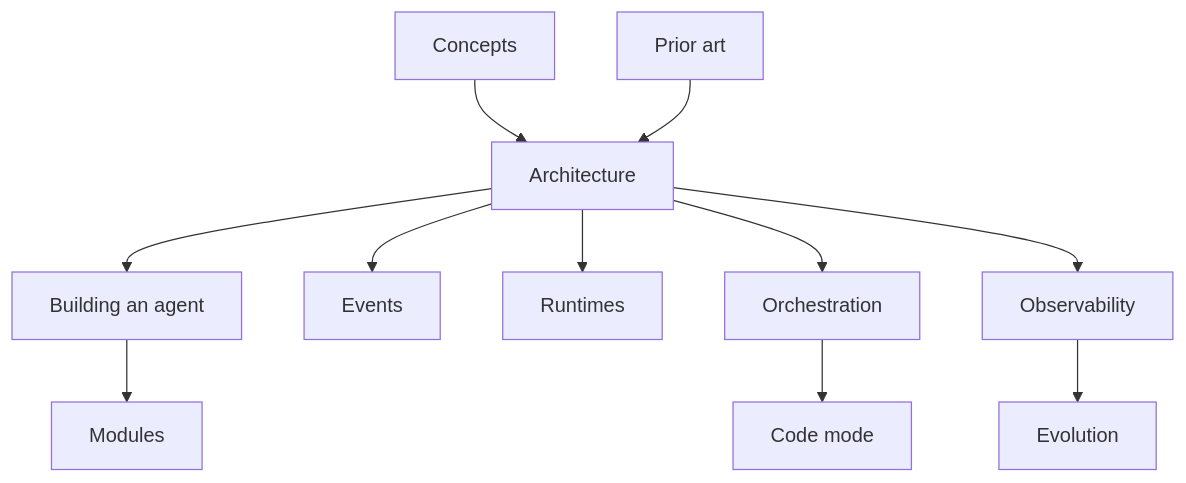
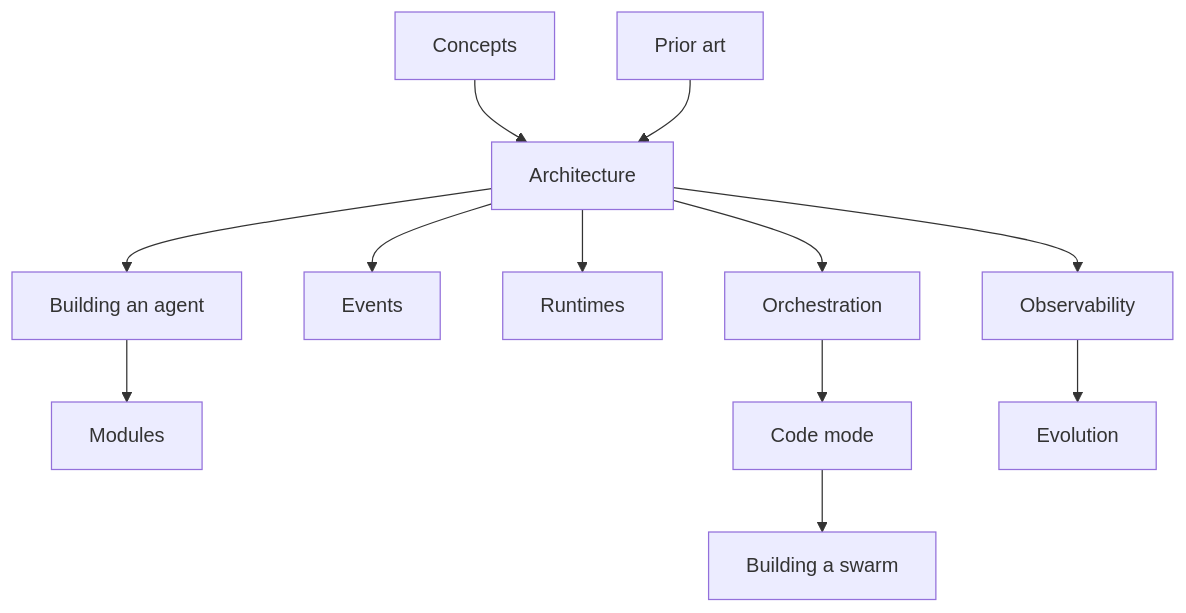
One commit to clavia-labs/tardigrade changed the diagram in docs/README.md. Above: the diagram before and after it, drawn with Mermaid. The commit also changed other lines of this file and 6 other files, not shown here.

First line of the commit message:
docs(swarm): walkthrough for building multiple agents

````diff
--- a/docs/README.md
+++ b/docs/README.md
@@ -7,13 +7,14 @@
 ```mermaid
 flowchart TD
   C[Concepts] --> A[Architecture]
   A --> B[Building an agent]
   B --> M[Modules]
   A --> E[Events]
   A --> R[Runtimes]
   A --> Or[Orchestration]
   Or --> Cm[Code mode]
+  Cm --> Sw[Building a swarm]
   A --> O[Observability]
   O --> V[Evolution]
   P[Prior art] --> A
 ```
````
